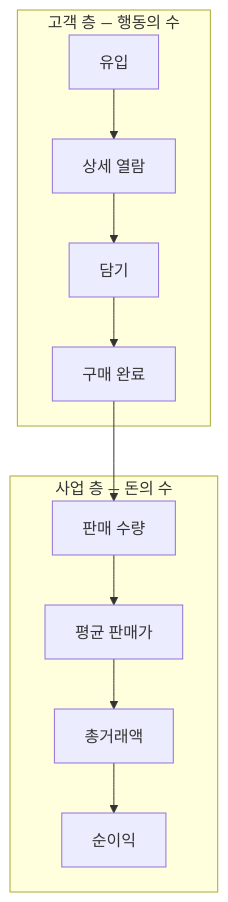
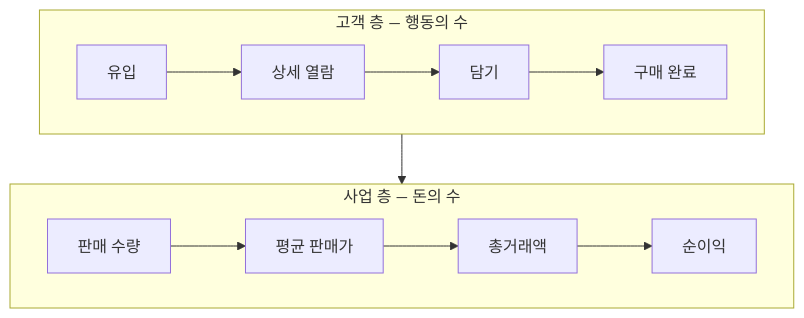
The second of 3 diagrams in content/blog/product-management/product-cycle-and-metric-hierarchy.md (withwooyong/withwooyong.github.io), drawn with Mermaid before and after one commit. The commit also changed 2 other files, not shown here.

Commit message:
교정: 편2 지표 사슬 도식을 가로 배치로 바꾼다 — 실물 확인이 잡았다
빌드한 산출물을 브라우저로 열어 SVG 크기를 재니 도식 하나만 방향이 반대였다.
check-mermaid 는 문법만 보므로 화면에서의 비례를 판정하지 않는다.

- 지표 사슬 도식이 flowchart TD + subgraph 둘이라 8개 노드가 세로 한 줄로
  늘어서 214 x 874(비 0.25)였다. 콘텐츠 폭 630px 중 214px 만 썼다.
- TB + subgraph 내부 direction LR 로 고쳐 770 x 308(비 2.50)이 됐다.
  같은 편의 다른 두 도식은 5.91 · 10.61 이다.
- subgraph 사이는 노드가 아니라 subgraph 끼리 이어야 direction 이 유지된다.
- 24,596 → 24,593 B. 밴드 22,601~25,508 안이다.

리포 전체의 도식에서 한글 라벨 마지막 글자가 잘리는 별개의 결함도 함께
발견해 HANDOFF 에 적었다. 원인이 폰트 측정 시점에 있어 이번에는 고치지 않았다.

````diff
--- a/content/blog/product-management/product-cycle-and-metric-hierarchy.md
+++ b/content/blog/product-management/product-cycle-and-metric-hierarchy.md
@@ -86,14 +86,12 @@
 ```mermaid
-flowchart TD
+flowchart TB
     subgraph CU["고객 층 — 행동의 수"]
-        C1["유입"] --> C2["상세 열람"]
-        C2 --> C3["담기"]
-        C3 --> C4["구매 완료"]
+        direction LR
+        C1["유입"] --> C2["상세 열람"] --> C3["담기"] --> C4["구매 완료"]
     end
     subgraph BZ["사업 층 — 돈의 수"]
-        B1["판매 수량"] --> B2["평균 판매가"]
-        B2 --> B3["총거래액"]
-        B3 --> B4["순이익"]
+        direction LR
+        B1["판매 수량"] --> B2["평균 판매가"] --> B3["총거래액"] --> B4["순이익"]
     end
-    C4 --> B1
+    CU --> BZ
 ```
````
